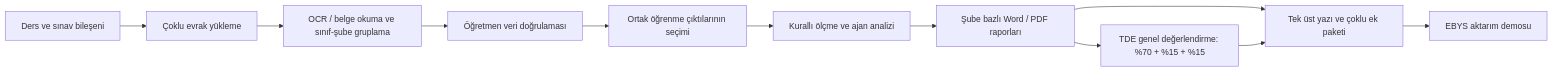
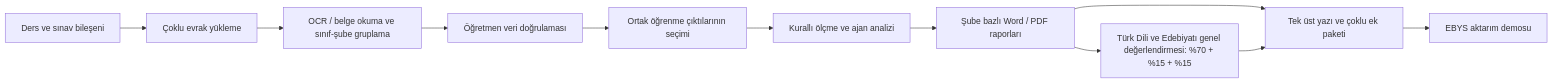
One commit to peykan1071/MAHIR-PROTOTIP-HTML changed the second of 2 diagrams in README.md. Above: the diagram before and after it, drawn with Mermaid. The commit also changed other lines of this file, not shown here.

````diff
--- a/README.md
+++ b/README.md
@@ -281,13 +317,13 @@
 ```mermaid
 flowchart LR
     A["Ders ve sınav bileşeni"] --> B["Çoklu evrak yükleme"]
     B --> C["OCR / belge okuma ve sınıf-şube gruplama"]
     C --> D["Öğretmen veri doğrulaması"]
     D --> E["Ortak öğrenme çıktılarının seçimi"]
     E --> F["Kurallı ölçme ve ajan analizi"]
     F --> G["Şube bazlı Word / PDF raporları"]
-    G --> H["TDE genel değerlendirme: %70 + %15 + %15"]
+    G --> H["Türk Dili ve Edebiyatı genel değerlendirmesi: %70 + %15 + %15"]
     G --> I["Tek üst yazı ve çoklu ek paketi"]
     H --> I
     I --> J["EBYS aktarım demosu"]
 ```
````
